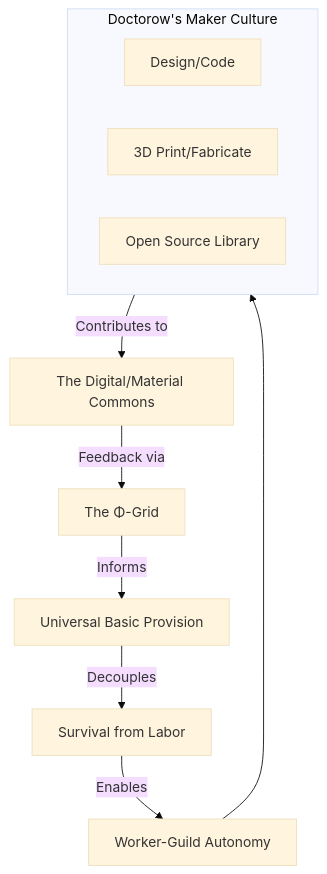
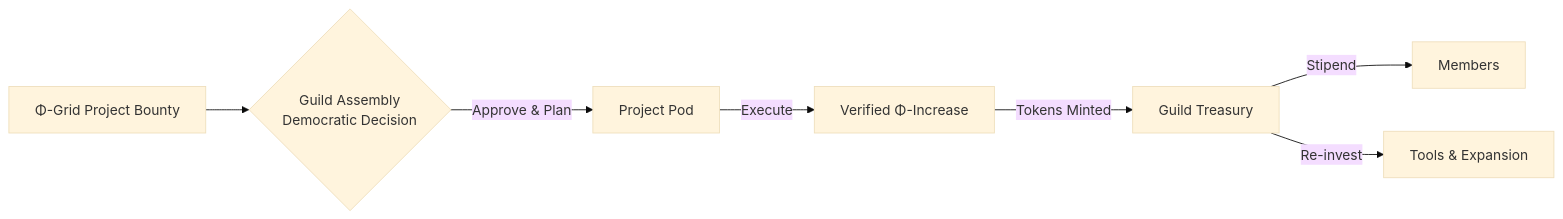
The third of 4 diagrams in appendices/T-regen-economy.md (ravaioli/solarpunk-mandala), drawn with Mermaid (base theme) before and after one commit. The commit also changed other lines of this file, not shown here.

````diff
--- a/appendices/T-regen-economy.md
+++ b/appendices/T-regen-economy.md
@@ -76,16 +76,9 @@
 ```mermaid
-graph TD
-    UBP[Universal Basic Provision] -->|Decouples| Survival[Survival from Labor]
-    Survival -->|Enables| Autonomy[Worker-Guild Autonomy]
-    
-    subgraph Maker_Guilds [Doctorow's Maker Culture]
-        G1[Design/Code]
-        G2[3D Print/Fabricate]
-        G3[Open Source Library]
-    end
-    
-    Autonomy --> Maker_Guilds
-    Maker_Guilds -->|Contributes to| Shared[The Digital/Material Commons]
-    Shared -->|Feedback via| Grid[The Φ-Grid]
-    Grid -->|Informs| UBP
+graph LR
+    Project[Φ-Grid Project Bounty] --> Guild{Guild Assembly<br>Democratic Decision}
+    Guild -->|Approve & Plan| Team[Project Pod]
+    Team -->|Execute| Success[Verified Φ-Increase]
+    Success -->|Tokens Minted| Treasury[Guild Treasury]
+    Treasury -->|Stipend| Members
+    Treasury -->|Re-invest| Tools[Tools & Expansion]
 ```
````
